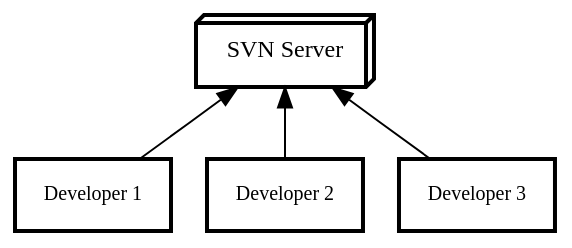
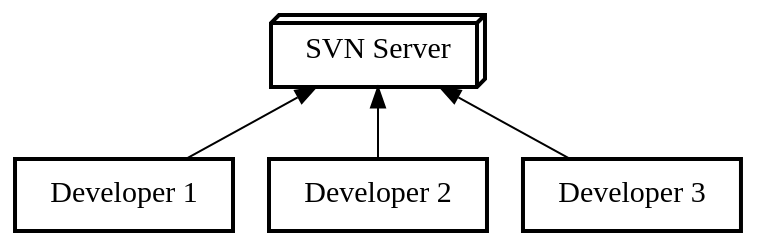
One commit to Gepardec/git-training changed the diagram in slides/intro/src/docs/asciidoc/graphviz/svn-system.dot. Above: the diagram before and after it, drawn with Graphviz. The commit also changed 15 other files, not shown here.

```diff
--- a/slides/intro/src/docs/asciidoc/graphviz/svn-system.dot
+++ b/slides/intro/src/docs/asciidoc/graphviz/svn-system.dot
@@ -1,16 +1,16 @@
 digraph svn_system {
         bgcolor="transparent";
 
-        node[shape=circle,fontsize=12.0,shape="box3d"];
+        node[shape=circle,fontsize=15.0,shape="box3d"];
         "svn"[label="SVN Server",style="bold"];
 
-        node[shape=circle,fontsize=10.0,style="bold",shape="box"];
+        node[shape=circle,fontsize=15.0,style="bold",shape="box"];
         "dev_1"[label="Developer 1"];
         "dev_2"[label="Developer 2"];
         "dev_3"[label="Developer 3"];
 
         edge[arrowhead=open,dir="back"]
         "svn" -> "dev_1"
         "svn" -> "dev_2"
         "svn" -> "dev_3"
 }
```
